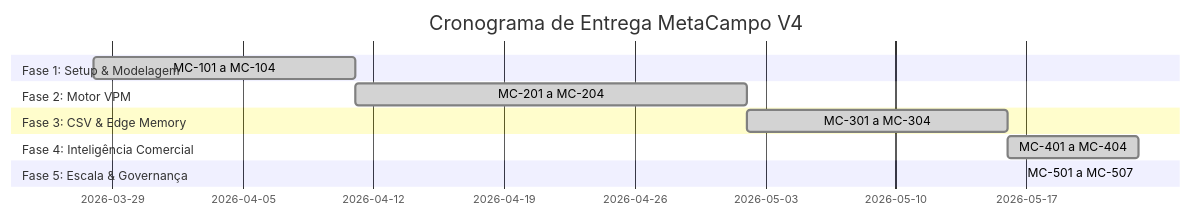
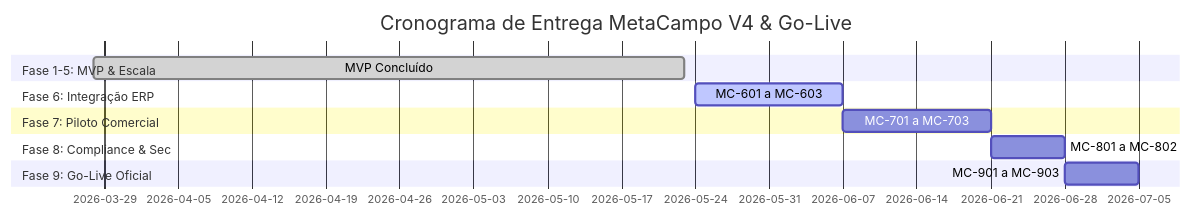
One commit to Sagrado-Express/Metacampo changed the diagram in docs/status_agile.md. Above: the diagram before and after it, drawn with Mermaid. The commit also changed other lines of this file and 1 other file, not shown here.

Commit message:
docs: update agile status and backlog with next phases to Go-Live (Fases 6-9)

````diff
--- a/docs/status_agile.md
+++ b/docs/status_agile.md
@@ -44,15 +49,15 @@
 ```mermaid
 gantt
-    title Cronograma de Entrega MetaCampo V4
+    title Cronograma de Entrega MetaCampo V4 & Go-Live
     dateFormat  YYYY-MM-DD
-    section Fase 1: Setup & Modelagem
-    MC-101 a MC-104 :done, des1, 2026-03-28, 2026-04-11
-    section Fase 2: Motor VPM
-    MC-201 a MC-204 :done, des2, 2026-04-11, 2026-05-02
-    section Fase 3: CSV & Edge Memory
-    MC-301 a MC-304 :done, des3, 2026-05-02, 2026-05-16
-    section Fase 4: Inteligência Comercial
-    MC-401 a MC-404 :done, des4, 2026-05-16, 2026-05-23
-    section Fase 5: Escala & Governança
-    MC-501 a MC-507 :done, des5, 2026-05-23, 2026-05-23
+    section Fase 1-5: MVP & Escala
+    MVP Concluído :done, des1, 2026-03-28, 2026-05-23
+    section Fase 6: Integração ERP
+    MC-601 a MC-603 :active, des2, 2026-05-24, 2026-06-07
+    section Fase 7: Piloto Comercial
+    MC-701 a MC-703 :des3, 2026-06-07, 2026-06-21
+    section Fase 8: Compliance & Sec
+    MC-801 a MC-802 :des4, 2026-06-21, 2026-06-28
+    section Fase 9: Go-Live Oficial
+    MC-901 a MC-903 :des5, 2026-06-28, 2026-07-05
 ```
````
